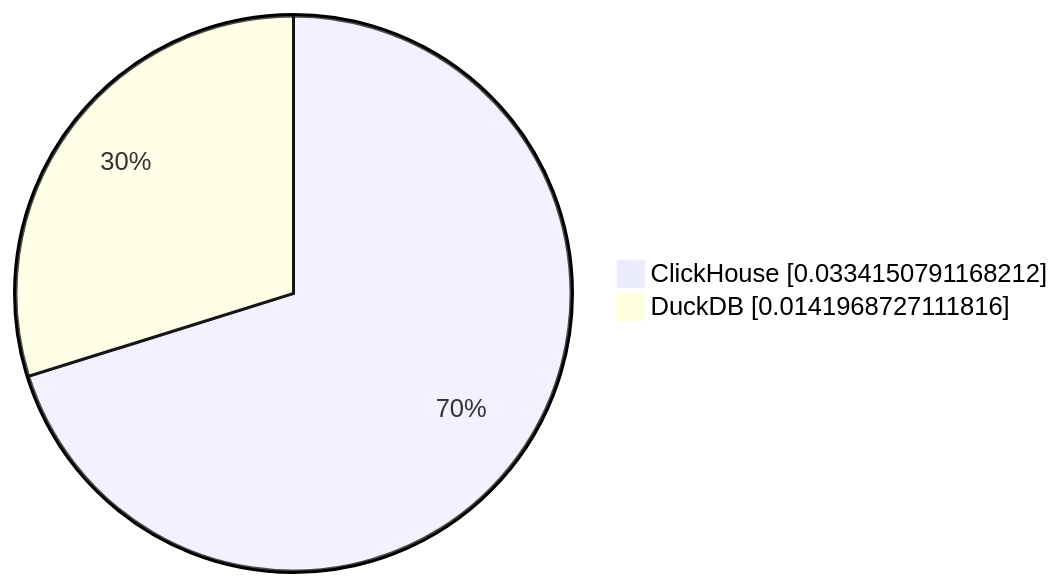
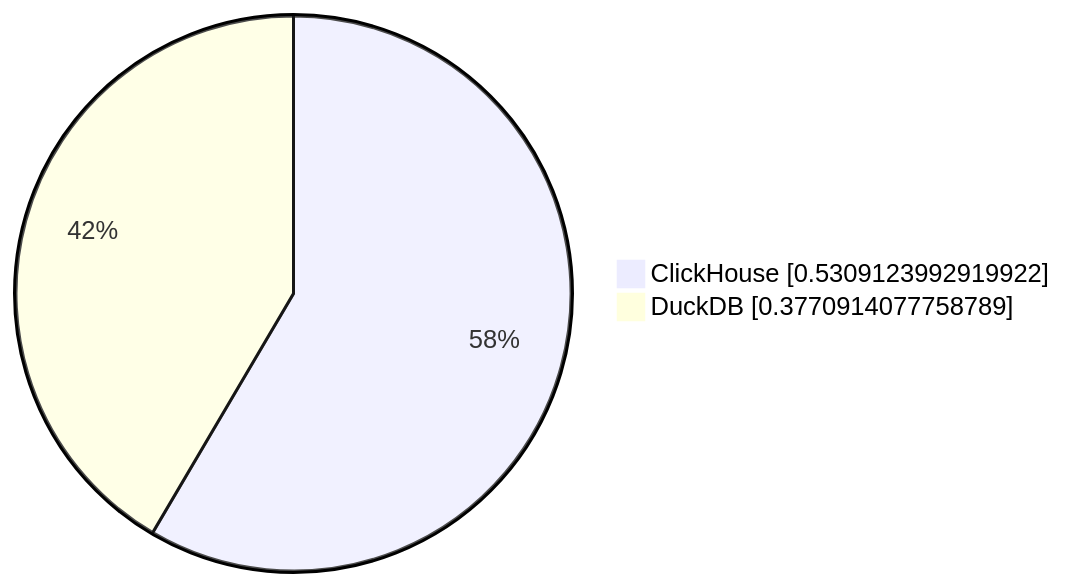
The second of 10 diagrams in parquet/performance/results/README.md (Altinity/clickhouse-regression), drawn with Mermaid before and after one commit. The commit also changed other lines of this file and 4 other files, not shown here.

````diff
--- a/parquet/performance/results/README.md
+++ b/parquet/performance/results/README.md
@@ -18,5 +20,5 @@
 ```mermaid
      pie showData
-         "ClickHouse" : 0.0334150791168212
-         "DuckDB" : 0.0141968727111816
+         "ClickHouse" : 0.5309123992919922
+         "DuckDB" : 0.3770914077758789
 ```
````
